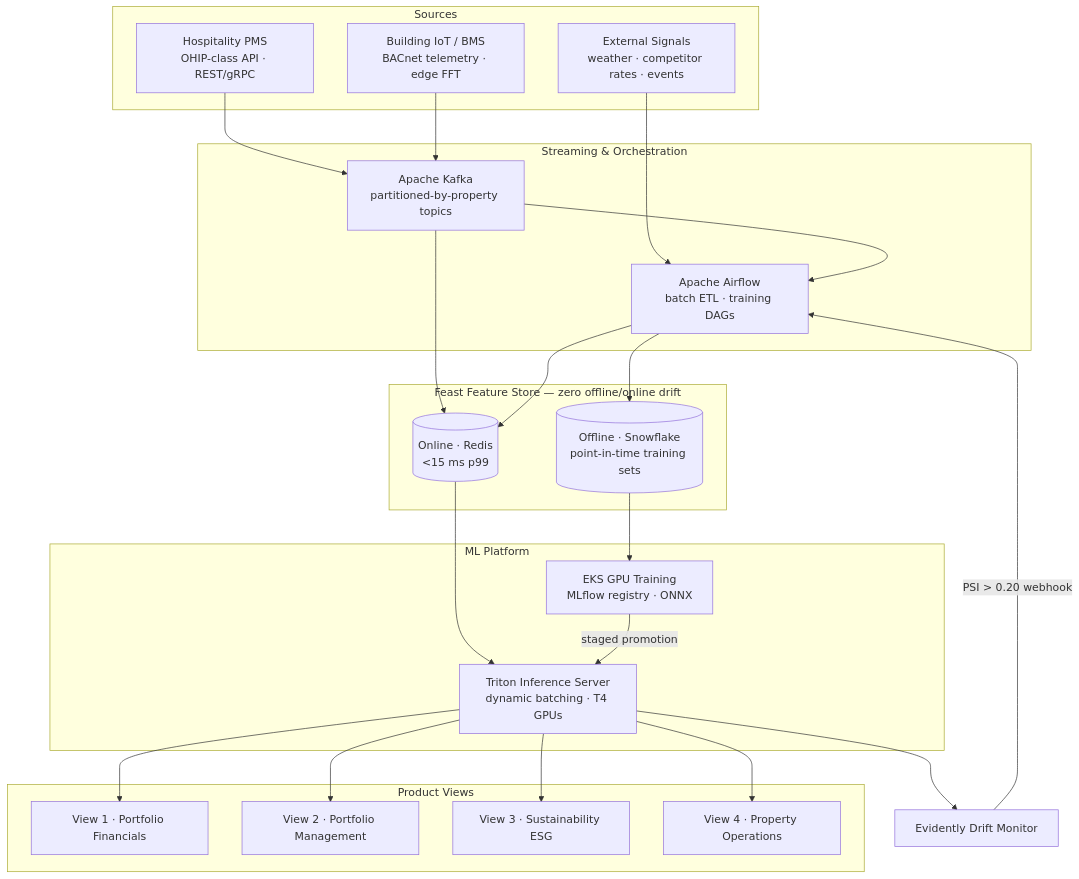
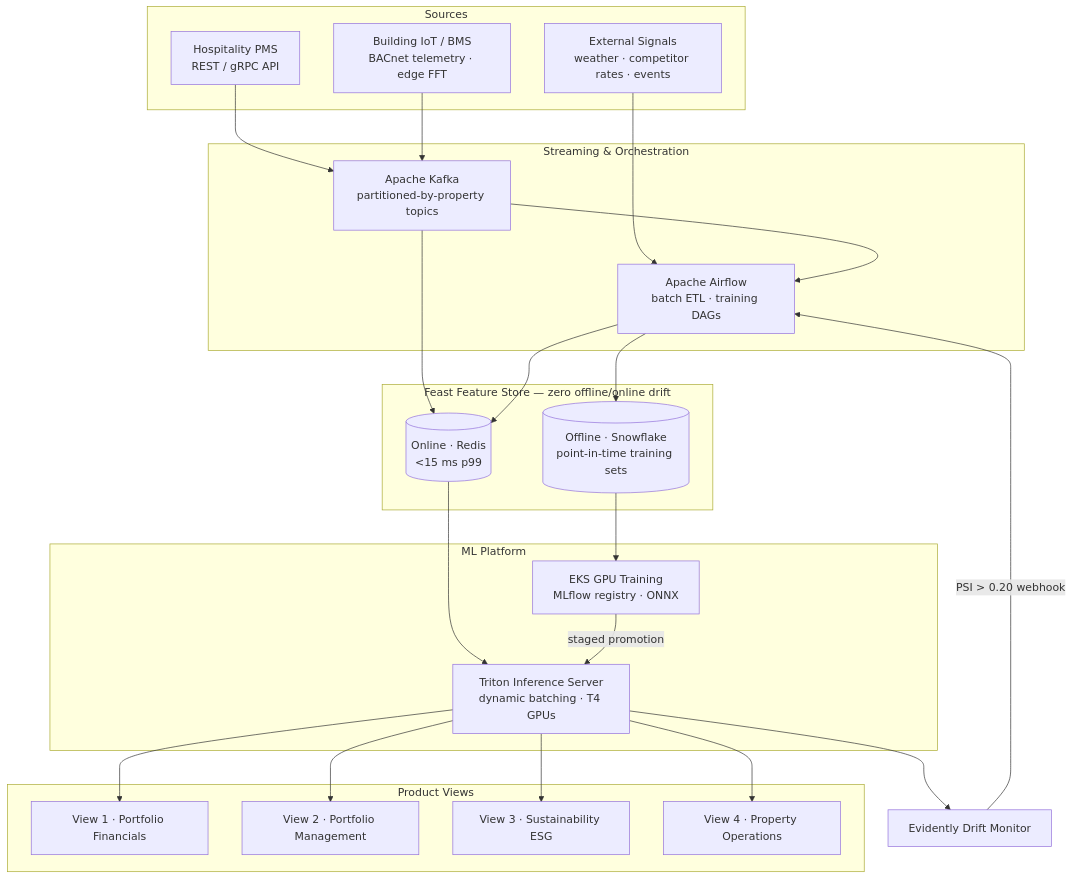
One commit to daetan999/mlops-hosp changed the first of 2 diagrams in README.md. Above: the diagram before and after it, drawn with Mermaid. The commit also changed other lines of this file and 3 other files, not shown here.

````diff
--- a/README.md
+++ b/README.md
@@ -40,41 +42,41 @@
 ```mermaid
 flowchart TB
     subgraph Sources
-        PMS[Hospitality PMS<br/>OHIP-class API · REST/gRPC]
+        PMS[Hospitality PMS<br/>REST / gRPC API]
         IOT[Building IoT / BMS<br/>BACnet telemetry · edge FFT]
         EXT[External Signals<br/>weather · competitor rates · events]
     end
     subgraph Movement["Streaming & Orchestration"]
         KAFKA[Apache Kafka<br/>partitioned-by-property topics]
         AIRFLOW[Apache Airflow<br/>batch ETL · training DAGs]
     end
     subgraph Feast["Feast Feature Store — zero offline/online drift"]
         REDIS[(Online · Redis<br/>&lt;15 ms p99)]
         SNOW[(Offline · Snowflake<br/>point-in-time training sets)]
     end
     subgraph MLPlatform["ML Platform"]
         TRAIN[EKS GPU Training<br/>MLflow registry · ONNX]
         TRITON[Triton Inference Server<br/>dynamic batching · T4 GPUs]
     end
     subgraph Views["Product Views"]
         V1[View 1 · Portfolio Financials]
         V2[View 2 · Portfolio Management]
         V3[View 3 · Sustainability ESG]
         V4[View 4 · Property Operations]
     end
     DRIFT[Evidently Drift Monitor]
 
     PMS --> KAFKA
     IOT --> KAFKA
     EXT --> AIRFLOW
     KAFKA --> AIRFLOW
     KAFKA --> REDIS
     AIRFLOW --> SNOW
     AIRFLOW --> REDIS
     SNOW --> TRAIN
     REDIS --> TRITON
     TRAIN -->|staged promotion| TRITON
     TRITON --> V1 & V2 & V3 & V4
     TRITON --> DRIFT
     DRIFT -->|PSI > 0.20 webhook| AIRFLOW
 ```
````
